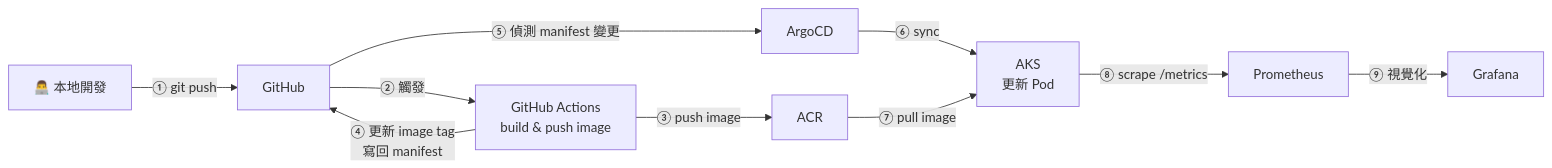
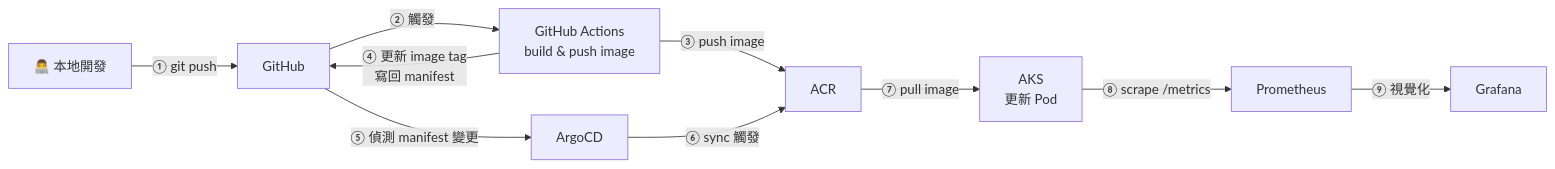
The second of 2 diagrams in README.md (Norriswu266/collection), drawn with Mermaid before and after one commit.

Commit message:
flow 更新

````diff
--- a/README.md
+++ b/README.md
@@ -53,12 +53,12 @@
 ```mermaid
 flowchart LR
     A["👨‍💻 本地開發"] -->|"① git push"| B["GitHub"]
     B -->|"② 觸發"| C["GitHub Actions\nbuild & push image"]
     C -->|"③ push image"| D["ACR"]
     C -->|"④ 更新 image tag\n寫回 manifest"| B
     B -->|"⑤ 偵測 manifest 變更"| E["ArgoCD"]
-    E -->|"⑥ sync"| F["AKS\n更新 Pod"]
-    D -->|"⑦ pull image"| F
+    E -->|"⑥ sync 觸發"| D
+    D -->|"⑦ pull image"| F["AKS\n更新 Pod"]
     F -->|"⑧ scrape /metrics"| G["Prometheus"]
     G -->|"⑨ 視覺化"| H["Grafana"]
 ```
````
